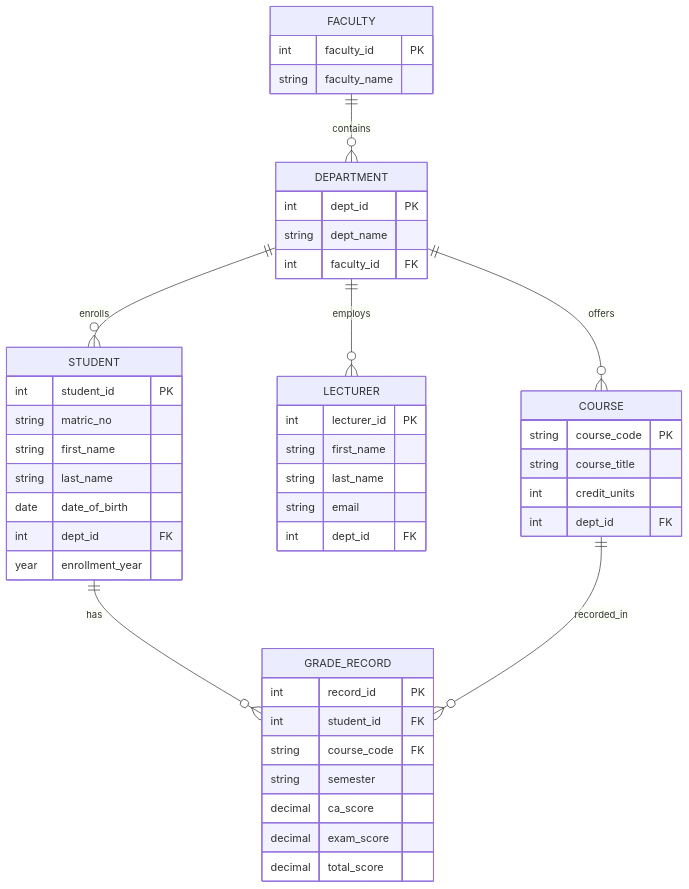
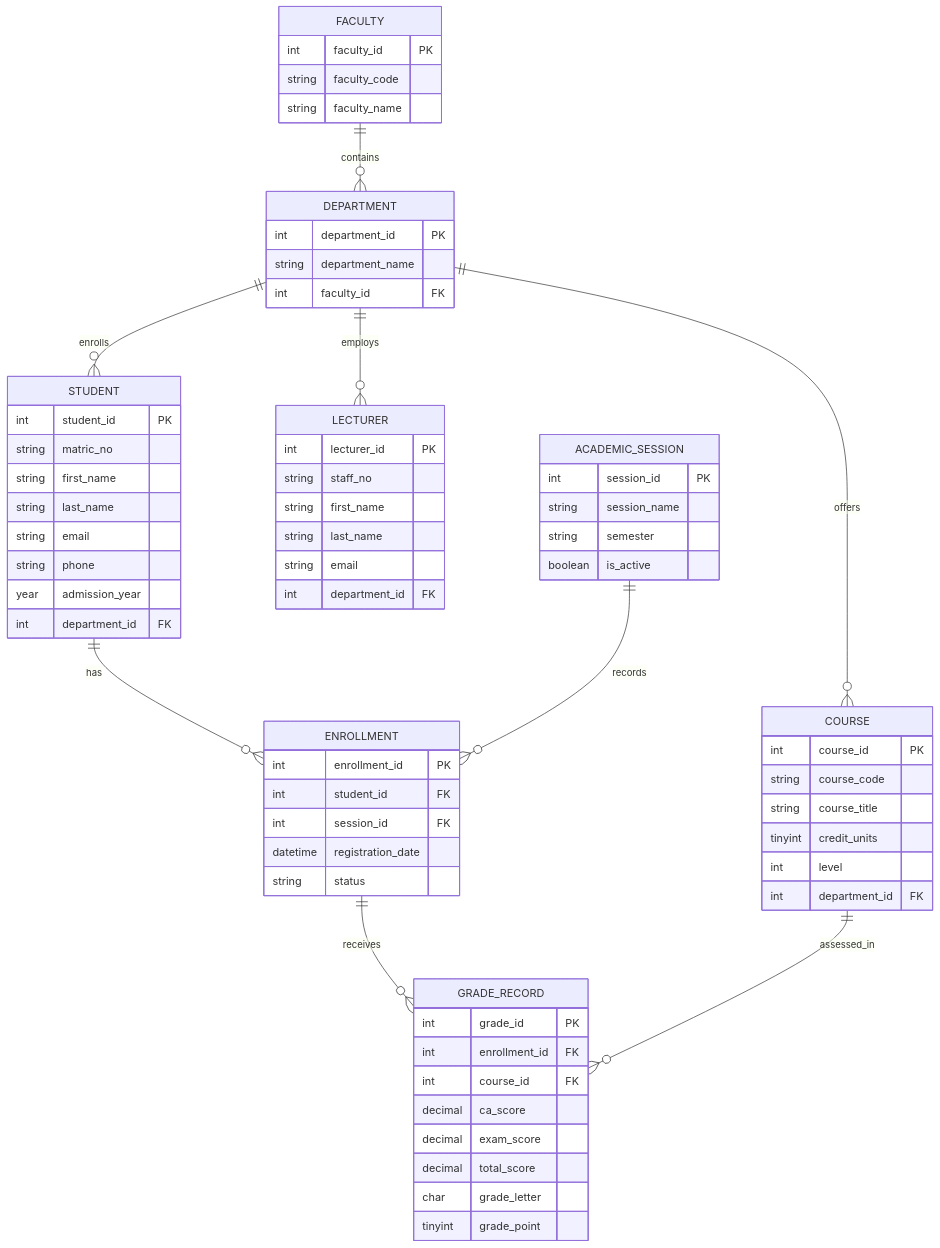
The diagram in portfolio-1-database-design/README.md (jahswill99/advanced-database-portfolio), drawn with Mermaid before and after one commit. The commit also changed other lines of this file, not shown here.

````diff
--- a/portfolio-1-database-design/README.md
+++ b/portfolio-1-database-design/README.md
@@ -14,50 +14,71 @@
 ```mermaid
 erDiagram
     FACULTY ||--o{ DEPARTMENT : "contains"
     DEPARTMENT ||--o{ STUDENT : "enrolls"
     DEPARTMENT ||--o{ LECTURER : "employs"
     DEPARTMENT ||--o{ COURSE : "offers"
-    STUDENT ||--o{ GRADE_RECORD : "has"
-    COURSE ||--o{ GRADE_RECORD : "recorded_in"
+    STUDENT ||--o{ ENROLLMENT : "has"
+    ACADEMIC_SESSION ||--o{ ENROLLMENT : "records"
+    ENROLLMENT ||--o{ GRADE_RECORD : "receives"
+    COURSE ||--o{ GRADE_RECORD : "assessed_in"
 
     FACULTY {
         int faculty_id PK
+        string faculty_code
         string faculty_name
     }
     DEPARTMENT {
-        int dept_id PK
-        string dept_name
+        int department_id PK
+        string department_name
         int faculty_id FK
     }
     STUDENT {
         int student_id PK
         string matric_no
         string first_name
         string last_name
-        date date_of_birth
-        int dept_id FK
-        year enrollment_year
+        string email
+        string phone
+        year admission_year
+        int department_id FK
     }
     LECTURER {
         int lecturer_id PK
+        string staff_no
         string first_name
         string last_name
         string email
-        int dept_id FK
+        int department_id FK
     }
     COURSE {
-        string course_code PK
+        int course_id PK
+        string course_code
         string course_title
-        int credit_units
-        int dept_id FK
+        tinyint credit_units
+        int level
+        int department_id FK
+    }
+    ACADEMIC_SESSION {
+        int session_id PK
+        string session_name
+        string semester
+        boolean is_active
+    }
+    ENROLLMENT {
+        int enrollment_id PK
+        int student_id FK
+        int session_id FK
+        datetime registration_date
+        string status
     }
     GRADE_RECORD {
-        int record_id PK
-        int student_id FK
-        string course_code FK
-        string semester
+        int grade_id PK
+        int enrollment_id FK
+        int course_id FK
         decimal ca_score
         decimal exam_score
         decimal total_score
+        char grade_letter
+        tinyint grade_point
     }
 ```
````
